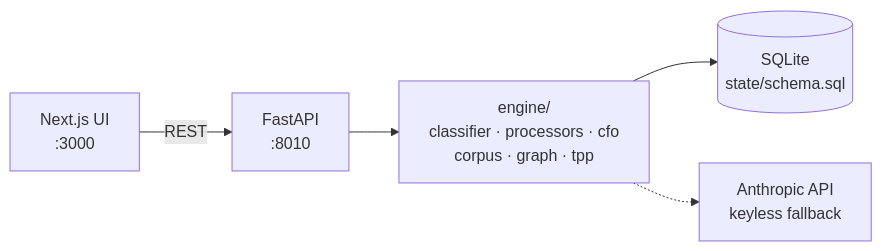
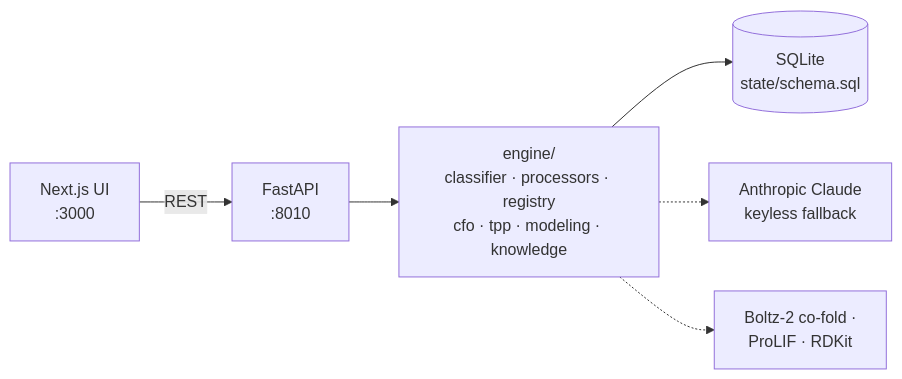
One commit to souravUCSF/BiotechOS changed the diagram in README.md. Above: the diagram before and after it, drawn with Mermaid. The commit also changed other lines of this file, not shown here.

Commit message:
Rewrite README: live-demo link, project summary, KRAS demo + keyless run

````diff
--- a/README.md
+++ b/README.md
@@ -160,7 +32,8 @@
 ```mermaid
 flowchart LR
     FE[Next.js UI<br/>:3000] -->|REST| API[FastAPI<br/>:8010]
-    API --> ENG[engine/<br/>classifier · processors · cfo<br/>corpus · graph · tpp]
+    API --> ENG[engine/<br/>classifier · processors · registry<br/>cfo · tpp · modeling · knowledge]
     ENG --> DB[(SQLite<br/>state/schema.sql)]
-    ENG -.-> LLM[Anthropic API<br/>keyless fallback]
+    ENG -.-> LLM[Anthropic Claude<br/>keyless fallback]
+    ENG -.-> STR[Boltz-2 co-fold ·<br/>ProLIF · RDKit]
 ```
````
